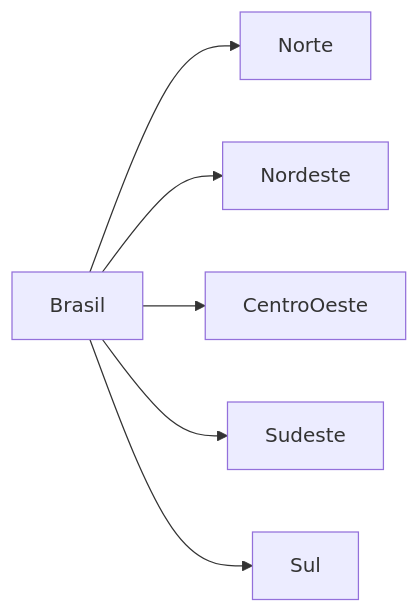
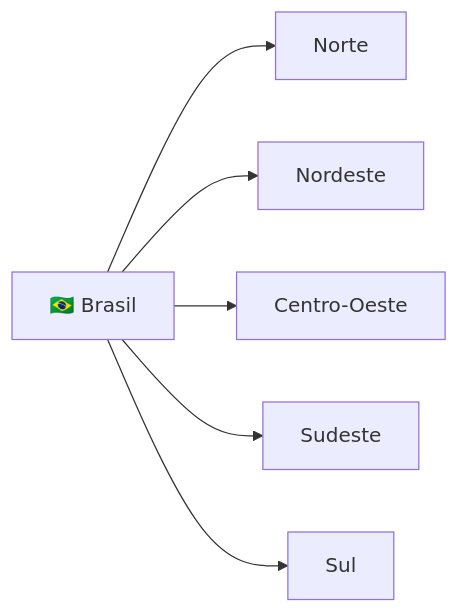
One commit to jurandysoares/info3mail changed the second of 3 diagrams in README.md. Above: the diagram before and after it, drawn with Mermaid. The commit also changed other lines of this file, not shown here.

````diff
--- a/README.md
+++ b/README.md
@@ -63,8 +63,8 @@
    ```mermaid
    graph LR
-     Brasil --> Norte
-     Brasil --> Nordeste
-     Brasil --> CentroOeste
-     Brasil --> Sudeste
-     Brasil --> Sul
+     BR["🇧🇷 Brasil"] --> N["Norte"]
+     BR --> NE["Nordeste"]
+     BR --> CO["Centro-Oeste"]
+     BR --> SE["Sudeste"]
+     BR --> S["Sul"]
    ```
````
